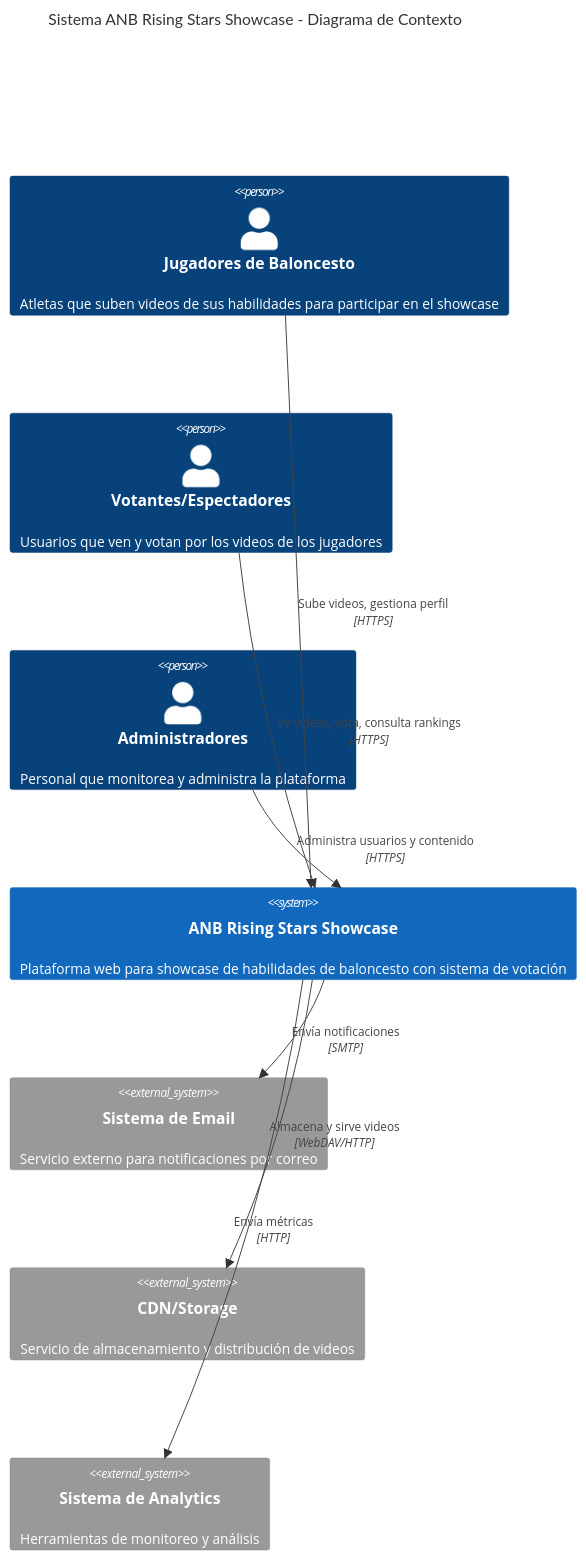
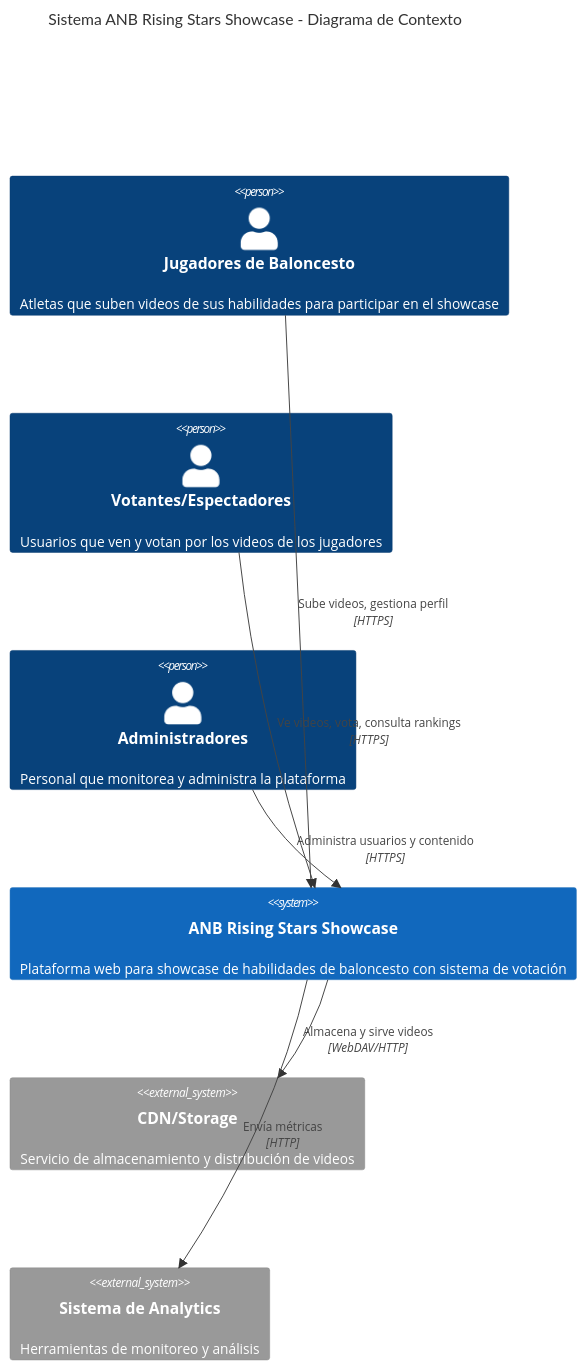
Before and after one commit to stivencardonauniandes/anb-rising-stars-showcase: the first of 5 diagrams in docs/C4-Diagrams.md, drawn with Mermaid. The commit also changed other lines of this file, not shown here.

Commit message:
:sparkles: update C4 diagrams

````diff
--- a/docs/C4-Diagrams.md
+++ b/docs/C4-Diagrams.md
@@ -7,24 +7,22 @@
 ```mermaid
 C4Context
     title Sistema ANB Rising Stars Showcase - Diagrama de Contexto
 
     Person(players, "Jugadores de Baloncesto", "Atletas que suben videos de sus habilidades para participar en el showcase")
     Person(voters, "Votantes/Espectadores", "Usuarios que ven y votan por los videos de los jugadores")
     Person(admins, "Administradores", "Personal que monitorea y administra la plataforma")
 
     System(anb_system, "ANB Rising Stars Showcase", "Plataforma web para showcase de habilidades de baloncesto con sistema de votación")
 
-    System_Ext(email_system, "Sistema de Email", "Servicio externo para notificaciones por correo")
     System_Ext(cdn, "CDN/Storage", "Servicio de almacenamiento y distribución de videos")
     System_Ext(analytics, "Sistema de Analytics", "Herramientas de monitoreo y análisis")
 
     Rel(players, anb_system, "Sube videos, gestiona perfil", "HTTPS")
     Rel(voters, anb_system, "Ve videos, vota, consulta rankings", "HTTPS")
     Rel(admins, anb_system, "Administra usuarios y contenido", "HTTPS")
     
-    Rel(anb_system, email_system, "Envía notificaciones", "SMTP")
     Rel(anb_system, cdn, "Almacena y sirve videos", "WebDAV/HTTP")
     Rel(anb_system, analytics, "Envía métricas", "HTTP")
 
     UpdateLayoutConfig($c4ShapeInRow="3", $c4BoundaryInRow="2")
 ```
````
